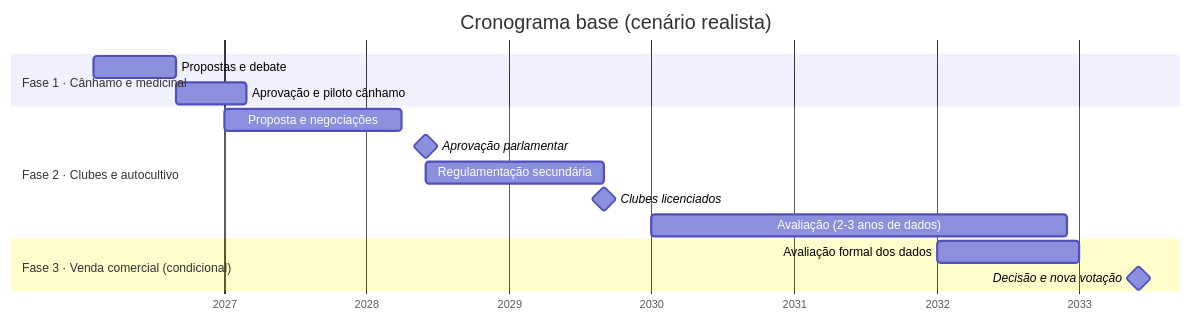
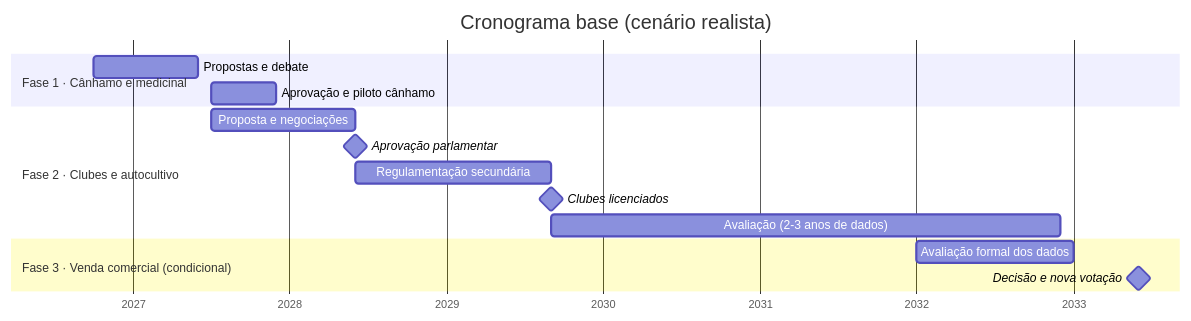
Before and after one commit to bcamarneiro/cannabis-legalization: the diagram in assets/diagrams/cronograma-implementacao.mmd, drawn with Mermaid. The commit also changed 31 other files, not shown here.

```diff
--- a/assets/diagrams/cronograma-implementacao.mmd
+++ b/assets/diagrams/cronograma-implementacao.mmd
@@ -1,18 +1,18 @@
 gantt
     title Cronograma base (cenário realista)
     dateFormat YYYY-MM
     axisFormat %Y
     todayMarker off
     tickInterval 1year
     section Fase 1 · Cânhamo e medicinal
-    Propostas e debate           :f1a, 2026-02, 2026-09
-    Aprovação e piloto cânhamo   :f1b, 2026-09, 2027-03
+    Propostas e debate           :f1a, 2026-10, 2027-06
+    Aprovação e piloto cânhamo   :f1b, 2027-07, 2027-12
     section Fase 2 · Clubes e autocultivo
-    Proposta e negociações       :f2a, 2027-01, 2028-04
+    Proposta e negociações       :f2a, 2027-07, 2028-06
     Aprovação parlamentar        :milestone, f2m, 2028-06, 0d
     Regulamentação secundária    :f2b, 2028-06, 2029-09
     Clubes licenciados           :milestone, f2l, 2029-09, 0d
-    Avaliação (2-3 anos de dados):f2c, 2030-01, 2032-12
+    Avaliação (2-3 anos de dados):f2c, 2029-09, 2032-12
     section Fase 3 · Venda comercial (condicional)
     Avaliação formal dos dados   :f3a, 2032-01, 2033-01
     Decisão e nova votação       :milestone, f3m, 2033-06, 0d
```
